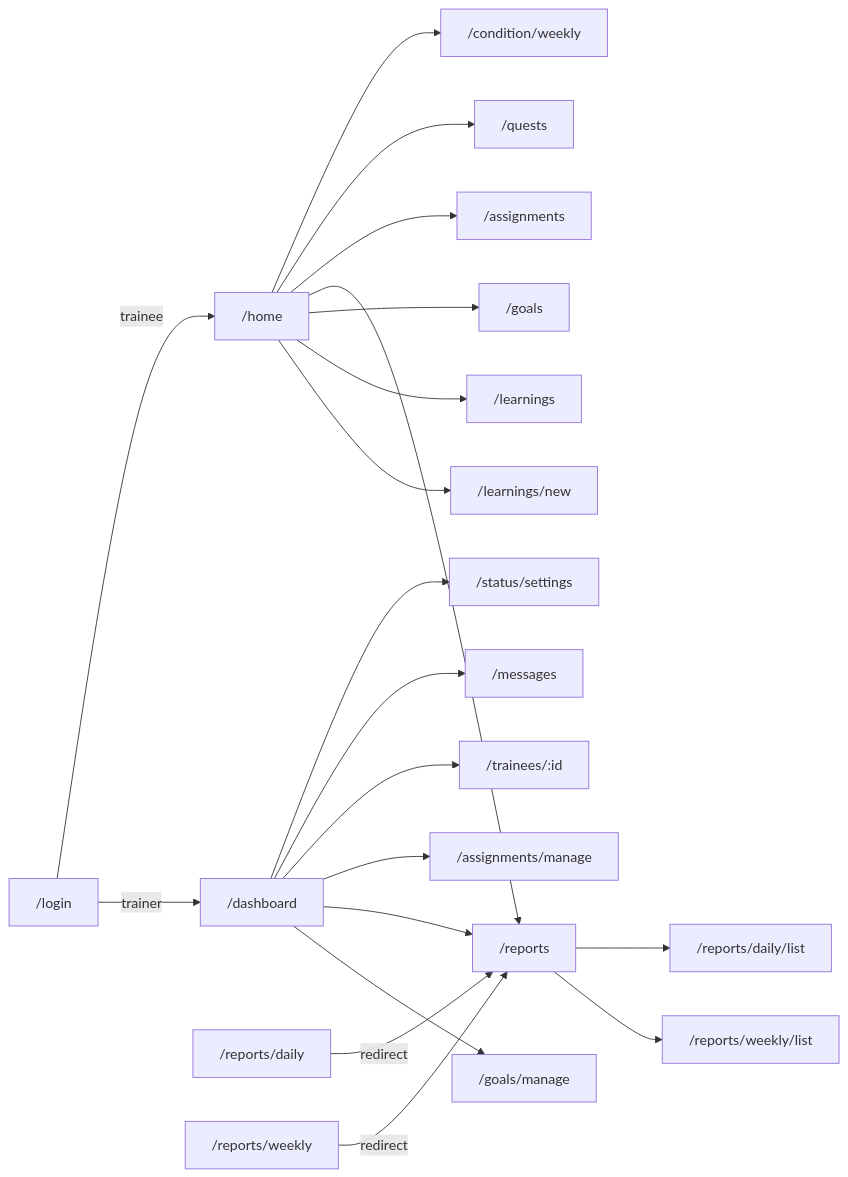
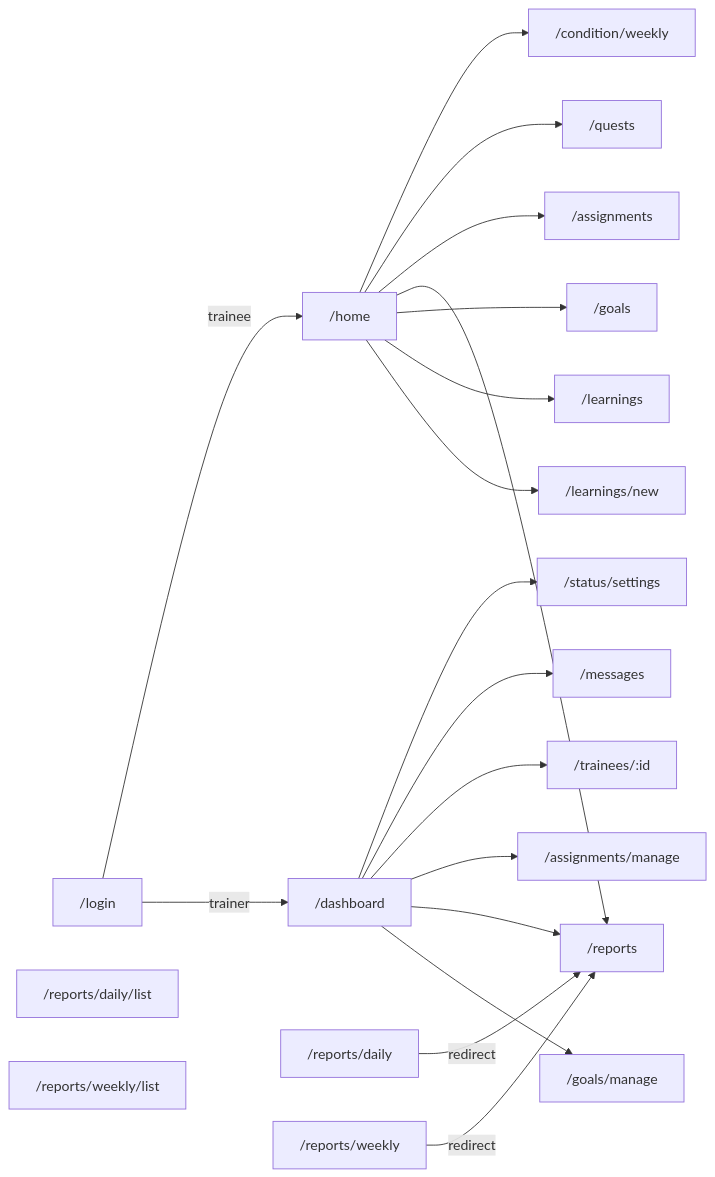
One commit to yuna-tsuji-ambl/OJT-app changed the second of 5 diagrams in docs/detailed-design.md. Above: the diagram before and after it, drawn with Mermaid. The commit also changed other lines of this file and 9 other files, not shown here.

````diff
--- a/docs/detailed-design.md
+++ b/docs/detailed-design.md
@@ -340,22 +343,22 @@
 ```mermaid
 flowchart LR
   Login["/login"] -->|trainee| Home["/home"]
   Login -->|trainer| Dashboard["/dashboard"]
   Home --> Weekly["/condition/weekly"]
   Home --> Quests["/quests"]
   Dashboard --> Status["/status/settings"]
   Dashboard --> Messages["/messages"]
   Dashboard --> Detail["/trainees/:id"]
   Home --> Assignments["/assignments"]
   Dashboard --> AssignManage["/assignments/manage"]
   Home --> Reports["/reports"]
   Dashboard --> Reports
-  Reports --> DailyList["/reports/daily/list"]
-  Reports --> WeeklyList["/reports/weekly/list"]
+  DailyList["/reports/daily/list"]
+  WeeklyList["/reports/weekly/list"]
   DailyOld["/reports/daily"] -->|redirect| Reports
   WeeklyOld["/reports/weekly"] -->|redirect| Reports
   Home --> Goals["/goals"]
   Dashboard --> GoalManage["/goals/manage"]
   Home --> Learnings["/learnings"]
   Home --> LearningNew["/learnings/new"]
 ```
````
